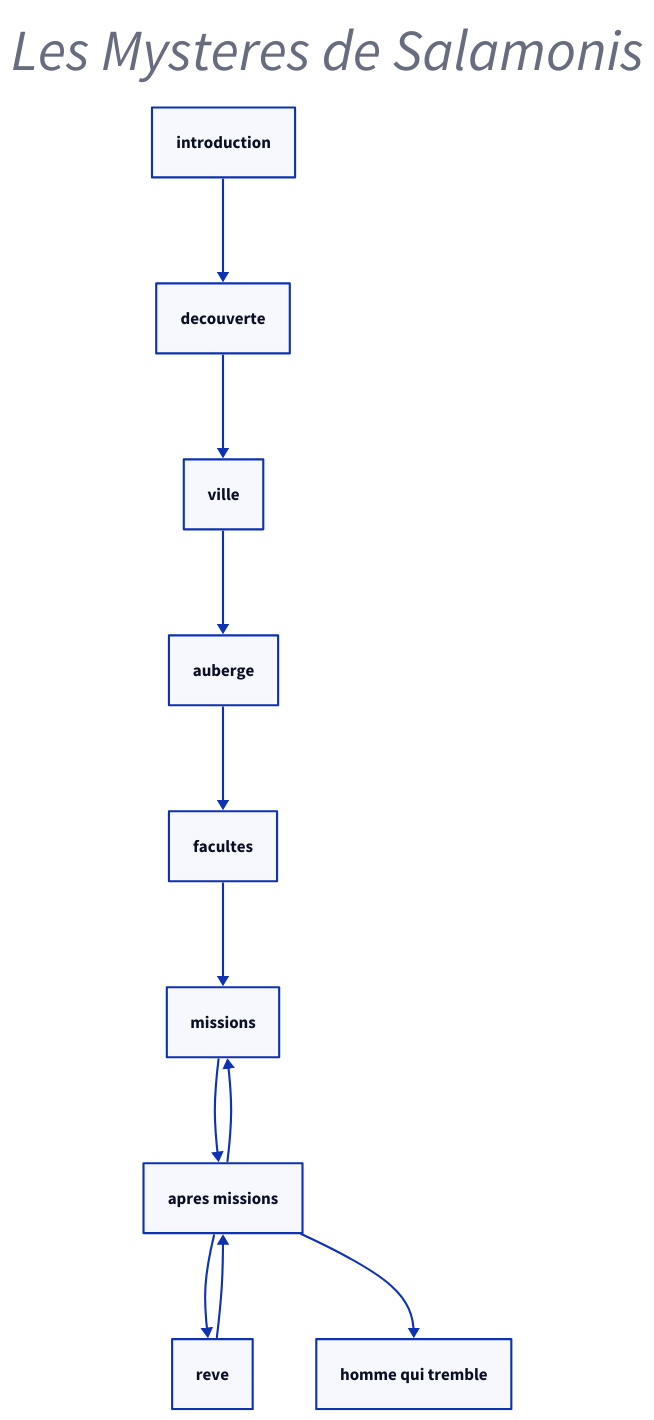
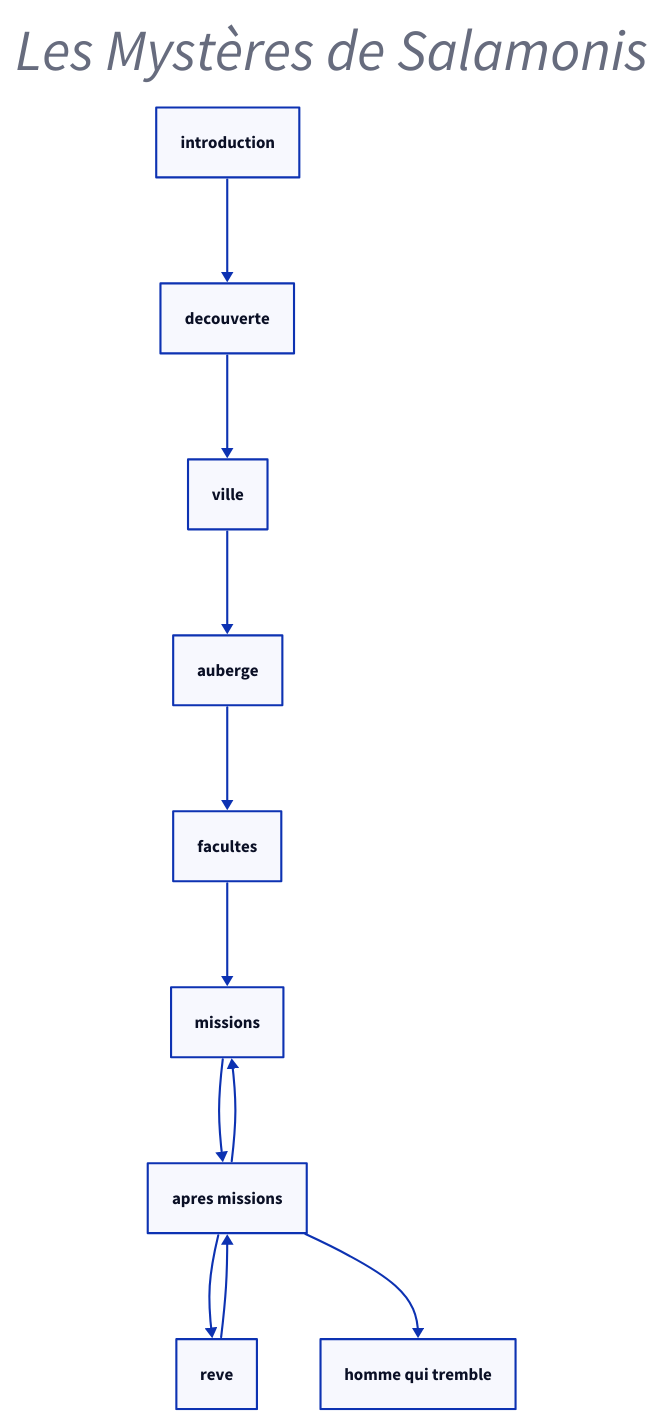
One commit to aklein-dex/les-mysteres-de-salamonis changed the diagram in histoire.d2. Above: the diagram before and after it, drawn with D2. The commit also changed 4 other files, not shown here.

```diff
--- a/histoire.d2
+++ b/histoire.d2
@@ -1,13 +1,13 @@
-title: Les Mysteres de Salamonis {
+title: Les Mystères de Salamonis {
     shape: text
     near: top-center
     style: {
         font-size: 55
         italic: true
     }
 }
 
 introduction -> decouverte -> ville -> auberge -> facultes -> missions -> apres missions -> missions
 apres missions -> reve
 reve -> apres missions
 apres missions -> homme qui tremble
```
